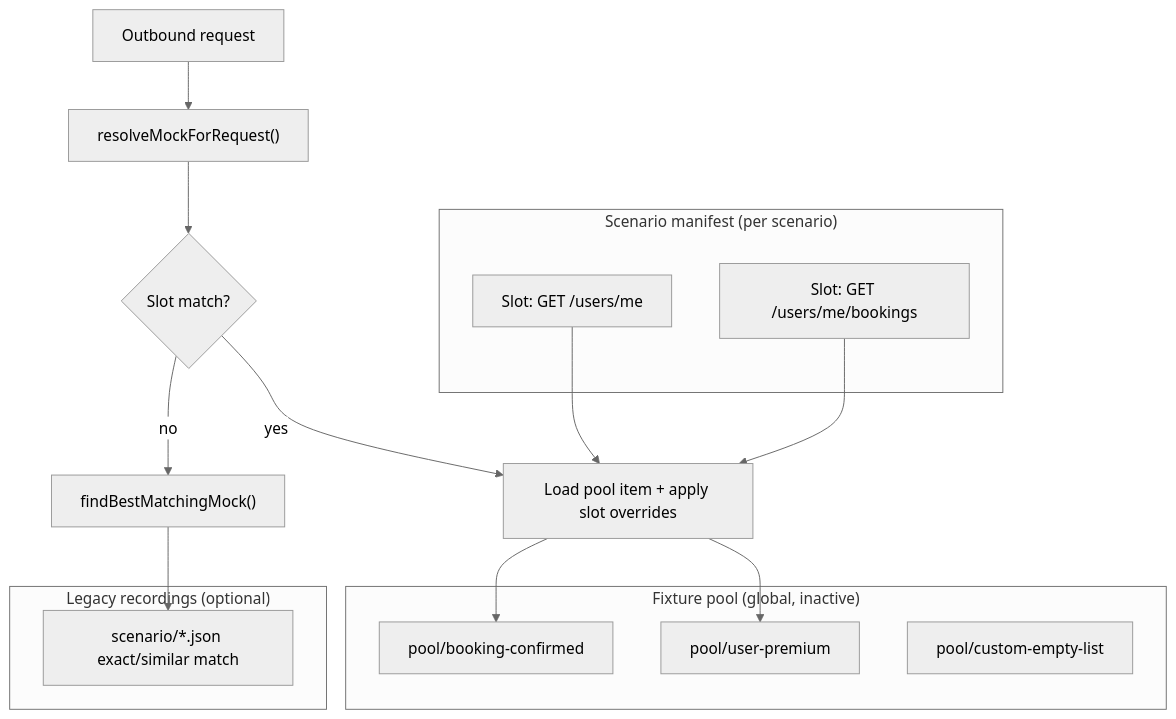
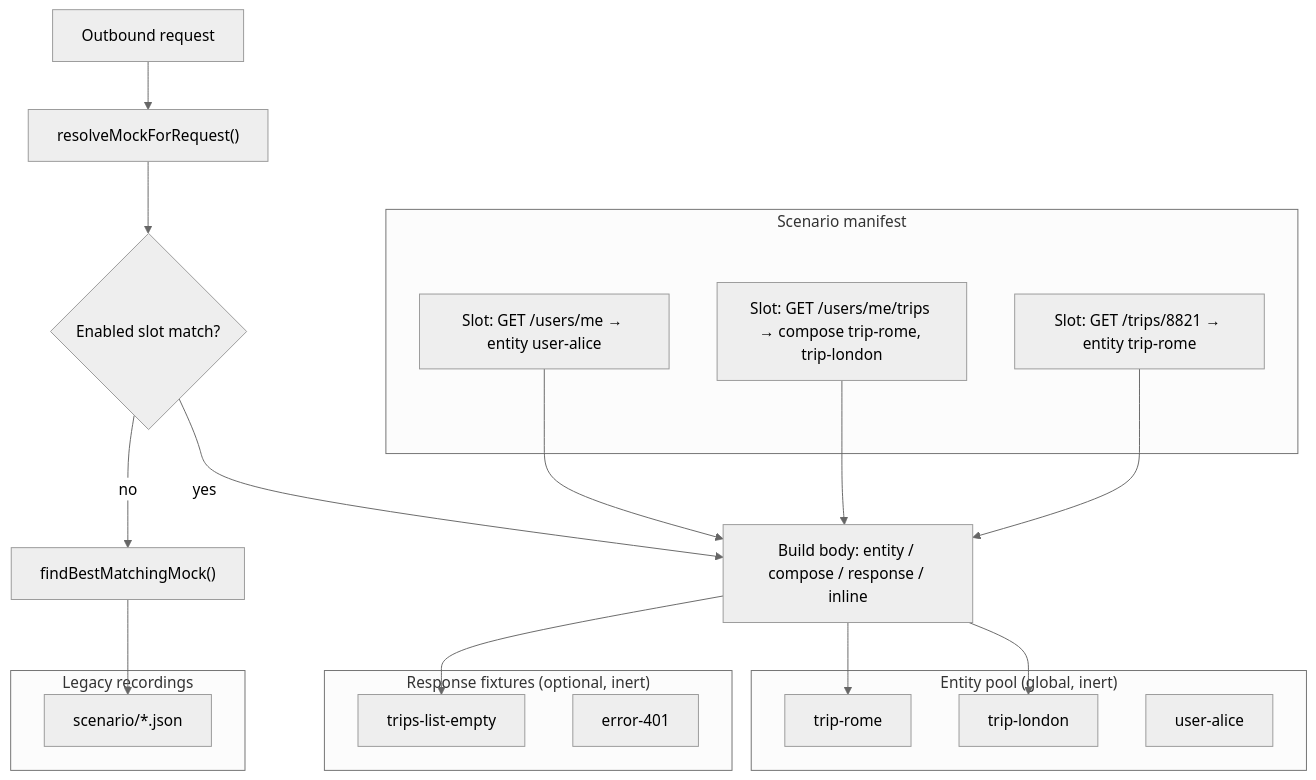
One commit to sgedda/mockifyer changed the diagram in .cursor/plans/fixture-pool-endpoint-slots.md. Above: the diagram before and after it, drawn with Mermaid (neutral theme). The commit also changed other lines of this file and 23 other files, not shown here.

First line of the commit message:
feat: add inert fixture pool for entities and response fixtures

````diff
--- a/.cursor/plans/fixture-pool-endpoint-slots.md
+++ b/.cursor/plans/fixture-pool-endpoint-slots.md
@@ -53,27 +87,35 @@
 ```mermaid
 flowchart TB
-  subgraph pool ["Fixture pool (global, inactive)"]
-    P1["pool/booking-confirmed"]
-    P2["pool/user-premium"]
-    P3["pool/custom-empty-list"]
+  subgraph entities ["Entity pool (global, inert)"]
+    E1["trip-rome"]
+    E2["trip-london"]
+    E3["user-alice"]
   end
 
-  subgraph manifest ["Scenario manifest (per scenario)"]
-    S1["Slot: GET /users/me"]
-    S2["Slot: GET /users/me/bookings"]
+  subgraph responses ["Response fixtures (optional, inert)"]
+    R1["trips-list-empty"]
+    R2["error-401"]
   end
 
-  subgraph legacy ["Legacy recordings (optional)"]
-    L1["scenario/*.json exact/similar match"]
+  subgraph manifest ["Scenario manifest"]
+    S1["Slot: GET /users/me → entity user-alice"]
+    S2["Slot: GET /users/me/trips → compose trip-rome, trip-london"]
+    S3["Slot: GET /trips/8821 → entity trip-rome"]
+  end
+
+  subgraph legacy ["Legacy recordings"]
+    L1["scenario/*.json"]
   end
 
   REQ["Outbound request"] --> RESOLVE["resolveMockForRequest()"]
-  RESOLVE --> SLOT{"Slot match?"}
-  SLOT -->|yes| POOL["Load pool item + apply slot overrides"]
+  RESOLVE --> SLOT{"Enabled slot match?"}
+  SLOT -->|yes| BUILD["Build body: entity / compose / response / inline"]
   SLOT -->|no| LEG["findBestMatchingMock()"]
   LEG --> L1
-  POOL --> P1
-  POOL --> P2
-  S1 --> POOL
-  S2 --> POOL
+  BUILD --> E1
+  BUILD --> E2
+  BUILD --> R1
+  S1 --> BUILD
+  S2 --> BUILD
+  S3 --> BUILD
 ```
````
